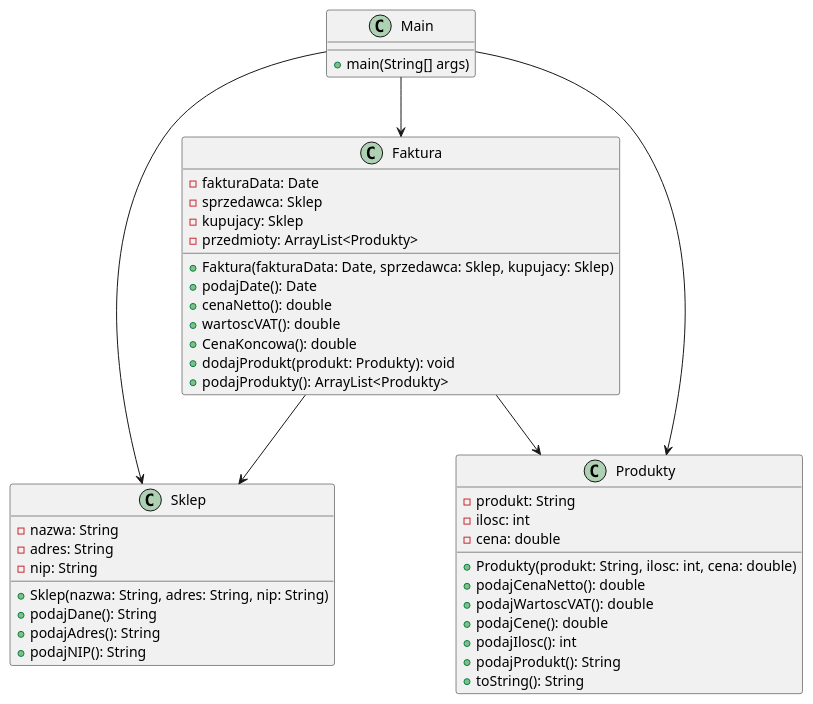
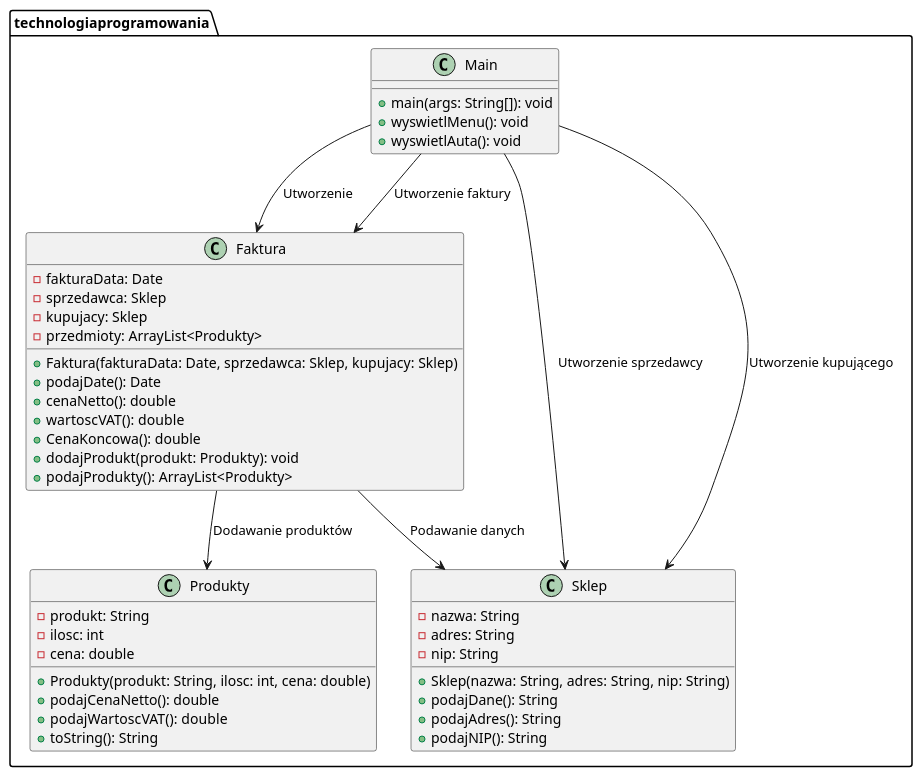
The diagram in Klasy.puml (BartoszJO/tp-lista2), drawn with PlantUML before and after one commit. The commit also changed 8 other files, not shown here.

```diff
--- a/Klasy.puml
+++ b/Klasy.puml
@@ -1,50 +1,46 @@
 @startuml
-
-class Main {
-    + main(String[] args)
-}
-
-class Faktura {
+package technologiaprogramowania {
+  class Main {
+    + main(args: String[]): void
+    + wyswietlMenu(): void
+    + wyswietlAuta(): void
+  }
+  class Faktura {
     - fakturaData: Date
     - sprzedawca: Sklep
     - kupujacy: Sklep
     - przedmioty: ArrayList<Produkty>
     + Faktura(fakturaData: Date, sprzedawca: Sklep, kupujacy: Sklep)
     + podajDate(): Date
     + cenaNetto(): double
     + wartoscVAT(): double
     + CenaKoncowa(): double
     + dodajProdukt(produkt: Produkty): void
     + podajProdukty(): ArrayList<Produkty>
-}
-
-class Sklep {
+  }
+  class Sklep {
     - nazwa: String
     - adres: String
     - nip: String
     + Sklep(nazwa: String, adres: String, nip: String)
     + podajDane(): String
     + podajAdres(): String
     + podajNIP(): String
-}
-
-class Produkty {
+  }
+  class Produkty {
     - produkt: String
     - ilosc: int
     - cena: double
     + Produkty(produkt: String, ilosc: int, cena: double)
     + podajCenaNetto(): double
     + podajWartoscVAT(): double
-    + podajCene(): double
-    + podajIlosc(): int
-    + podajProdukt(): String
     + toString(): String
+  }
+  Main --> Faktura: Utworzenie
+  Main --> Sklep: Utworzenie sprzedawcy
+  Main --> Sklep: Utworzenie kupującego
+  Main --> Faktura: Utworzenie faktury
+  Faktura --> Produkty: Dodawanie produktów
+  Faktura --> Sklep: Podawanie danych
 }
-
-Main --> Faktura
-Main --> Sklep
-Main --> Produkty
-Faktura --> Sklep
-Faktura --> Produkty
-
 @enduml
```
